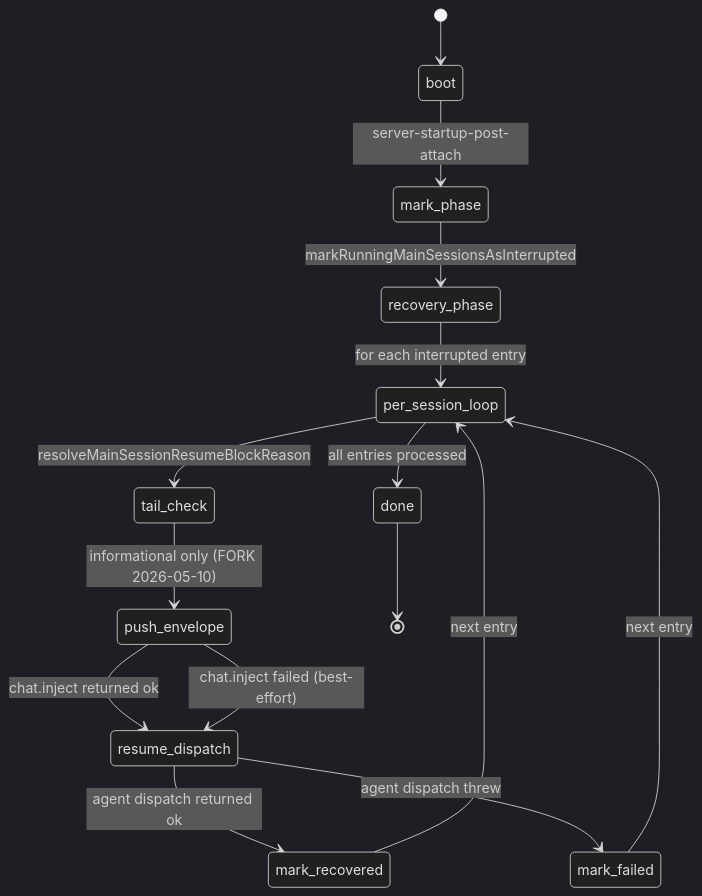
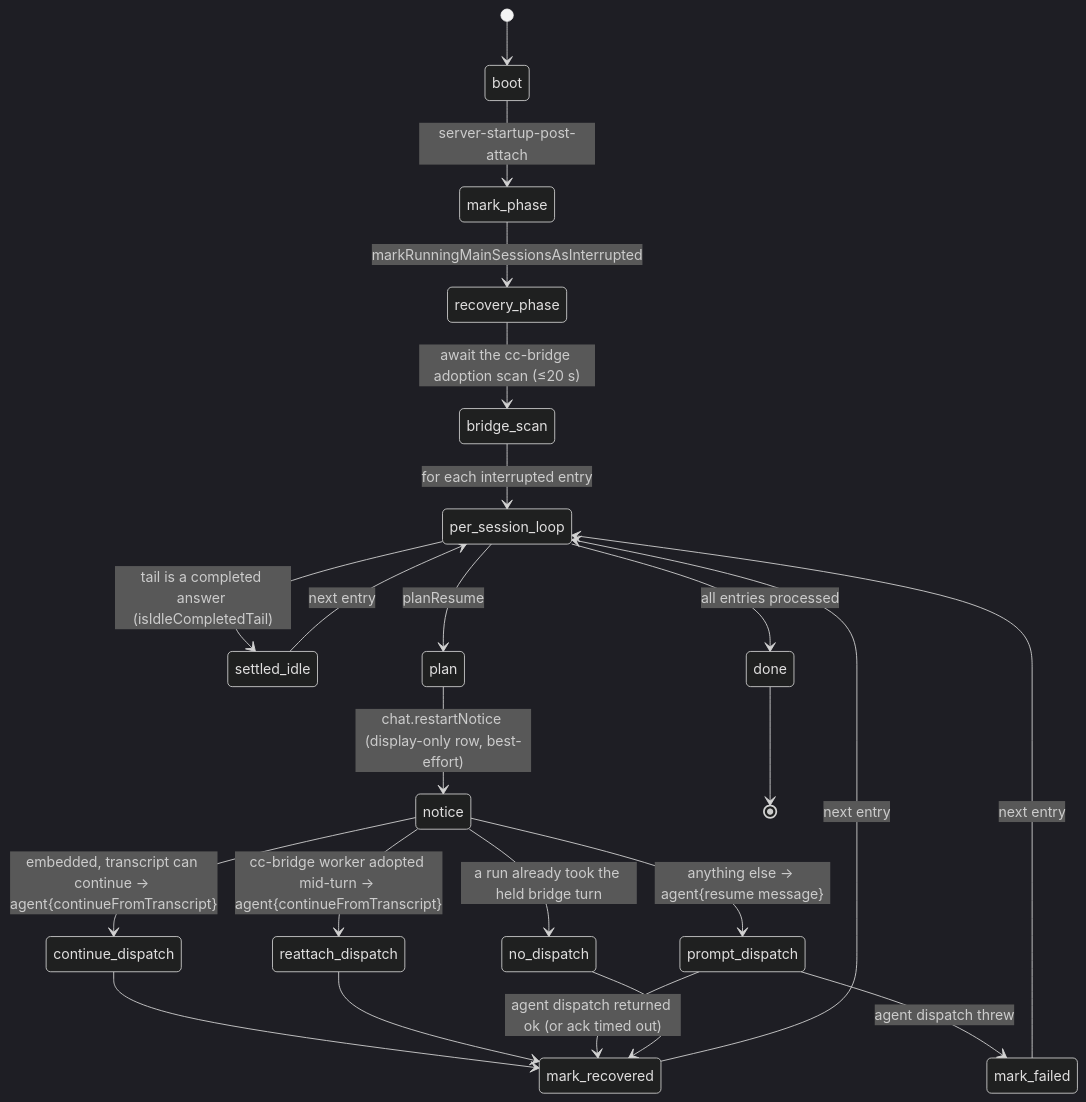
Before and after one commit to globalcaos/tinkerclaw: the fourth of 12 diagrams in TINKER_UI_DESIGN_BIBLE/lifecycles.md, drawn with Mermaid (dark theme). The commit also changed other lines of this file and 2106 other files, not shown here.

````diff
--- a/TINKER_UI_DESIGN_BIBLE/lifecycles.md
+++ b/TINKER_UI_DESIGN_BIBLE/lifecycles.md
@@ -148,17 +164,25 @@
 ```mermaid
 stateDiagram-v2
   [*] --> boot
   boot --> mark_phase: server-startup-post-attach
   mark_phase --> recovery_phase: markRunningMainSessionsAsInterrupted
-  recovery_phase --> per_session_loop: for each interrupted entry
-  per_session_loop --> tail_check: resolveMainSessionResumeBlockReason
-  tail_check --> push_envelope: informational only (FORK 2026-05-10)
-  push_envelope --> resume_dispatch: chat.inject returned ok
-  push_envelope --> resume_dispatch: chat.inject failed (best-effort)
-  resume_dispatch --> mark_recovered: agent dispatch returned ok
-  resume_dispatch --> mark_failed: agent dispatch threw
+  recovery_phase --> bridge_scan: await the cc-bridge adoption scan (≤20 s)
+  bridge_scan --> per_session_loop: for each interrupted entry
+  per_session_loop --> settled_idle: tail is a completed answer (isIdleCompletedTail)
+  per_session_loop --> plan: planResume
+  plan --> notice: chat.restartNotice (display-only row, best-effort)
+  notice --> continue_dispatch: embedded, transcript can continue → agent{continueFromTranscript}
+  notice --> reattach_dispatch: cc-bridge worker adopted mid-turn → agent{continueFromTranscript}
+  notice --> prompt_dispatch: anything else → agent{resume message}
+  notice --> no_dispatch: a run already took the held bridge turn
+  continue_dispatch --> mark_recovered
+  reattach_dispatch --> mark_recovered
+  prompt_dispatch --> mark_recovered: agent dispatch returned ok (or ack timed out)
+  prompt_dispatch --> mark_failed: agent dispatch threw
+  no_dispatch --> mark_recovered
+  settled_idle --> per_session_loop: next entry
   mark_recovered --> per_session_loop: next entry
   mark_failed --> per_session_loop: next entry
   per_session_loop --> done: all entries processed
   done --> [*]
 ```
````
